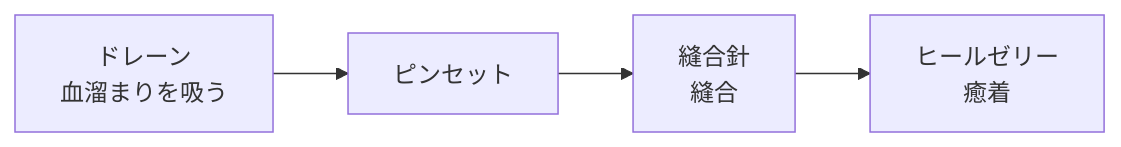
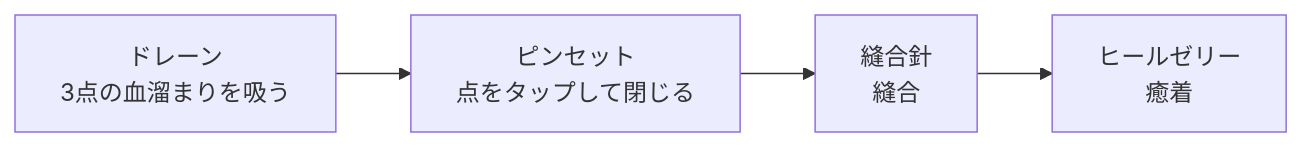
The diagram in spec/06_lesions.md (shuokitsu/OperationTrauma), drawn with Mermaid before and after one commit. The commit also changed other lines of this file and 19 other files, not shown here.

````diff
--- a/spec/06_lesions.md
+++ b/spec/06_lesions.md
@@ -64,4 +77,4 @@
 ```mermaid
 flowchart LR
-    A[ドレーン<br>血溜まりを吸う] --> B[ピンセット] --> C[縫合針<br>縫合] --> D[ヒールゼリー<br>癒着]
+    A[ドレーン<br>3点の血溜まりを吸う] --> B[ピンセット<br>点をタップして閉じる] --> C[縫合針<br>縫合] --> D[ヒールゼリー<br>癒着]
 ```
````
